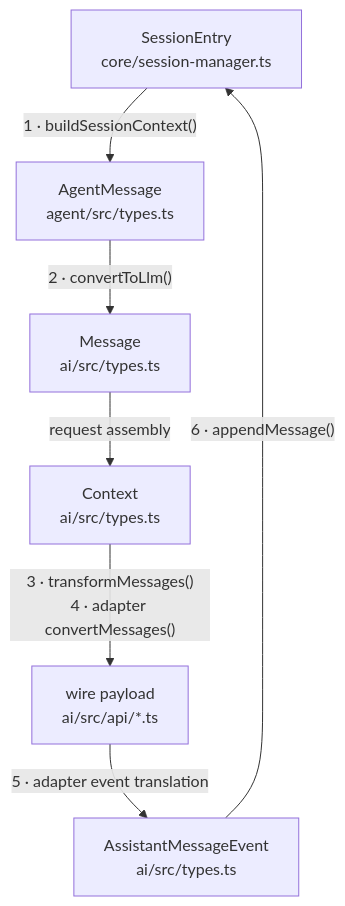
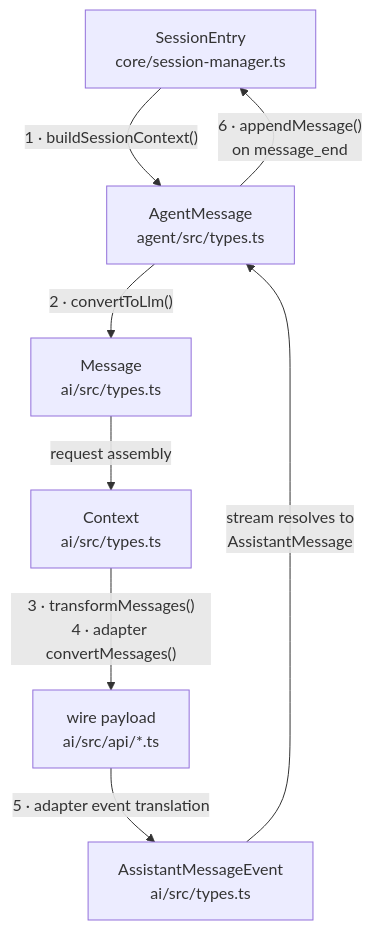
Before and after one commit to lukechen526/pi: the second of 3 diagrams in developer-guide/06-from-session-history-to-provider-requests.qmd, drawn with Mermaid. The commit also changed other lines of this file, not shown here.

First line of the commit message:
docs: restructure message-format chapter around pipeline boundaries

````diff
--- a/developer-guide/06-from-session-history-to-provider-requests.qmd
+++ b/developer-guide/06-from-session-history-to-provider-requests.qmd
@@ -288,13 +207,14 @@
 ```{mermaid}
 %%| label: fig-type-chain
-%%| fig-cap: "The type chain: one conversation carried across six boundaries. Each node is a representation; each numbered edge is the one function that crosses that boundary. Edges 3 and 4 share an arrow — both run inside the adapter — and edge 6 loops back to `SessionEntry`."
-%%| fig-width: 3.0
+%%| fig-cap: "The type chain: one conversation carried across six boundaries. Nodes are representations; numbered edges are the one function that crosses that boundary (edges 3 and 4 share an arrow — both run inside the adapter). Edge 5's events arrive on the provider's response stream; edge 6 persists the finished AssistantMessage, not the events."
+%%| fig-width: 3.3
 %%| fig-pos: "H"
 flowchart TD
   SE["SessionEntry<br/>core/session-manager.ts"] -->|"1 · buildSessionContext()"| AM["AgentMessage<br/>agent/src/types.ts"]
   AM -->|"2 · convertToLlm()"| MSG["Message<br/>ai/src/types.ts"]
   MSG -->|"request assembly"| CTX["Context<br/>ai/src/types.ts"]
   CTX -->|"3 · transformMessages()<br/>4 · adapter convertMessages()"| PAY["wire payload<br/>ai/src/api/*.ts"]
   PAY -->|"5 · adapter event translation"| EVT["AssistantMessageEvent<br/>ai/src/types.ts"]
-  EVT -->|"6 · appendMessage()"| SE
+  EVT -->|"stream resolves to<br/>AssistantMessage"| AM
+  AM -->|"6 · appendMessage()<br/>on message_end"| SE
 ```
````
